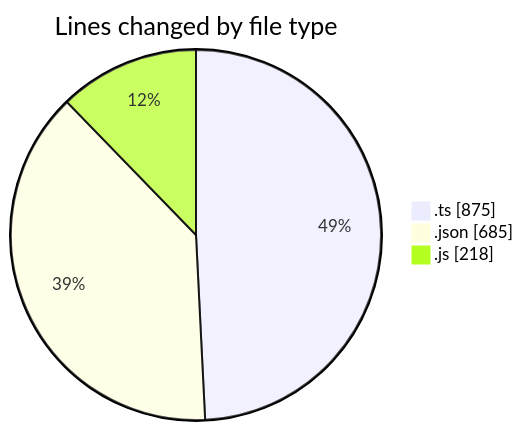
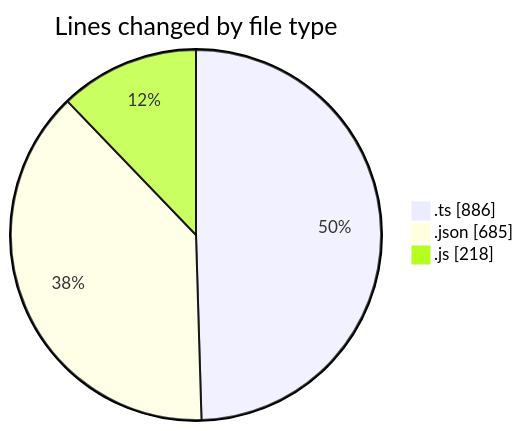
The first of 2 diagrams in 2025-08-26/mcp-web/README.md (EIIisD/code-tracking), drawn with Mermaid before and after one commit. The commit also changed other lines of this file and 1 other file, not shown here.

````diff
--- a/2025-08-26/mcp-web/README.md
+++ b/2025-08-26/mcp-web/README.md
@@ -27,7 +27,7 @@
 ```mermaid
 pie showData
 title Lines changed by file type
-".ts" : 875
+".ts" : 886
 ".json" : 685
 ".js" : 218
 ```
````
